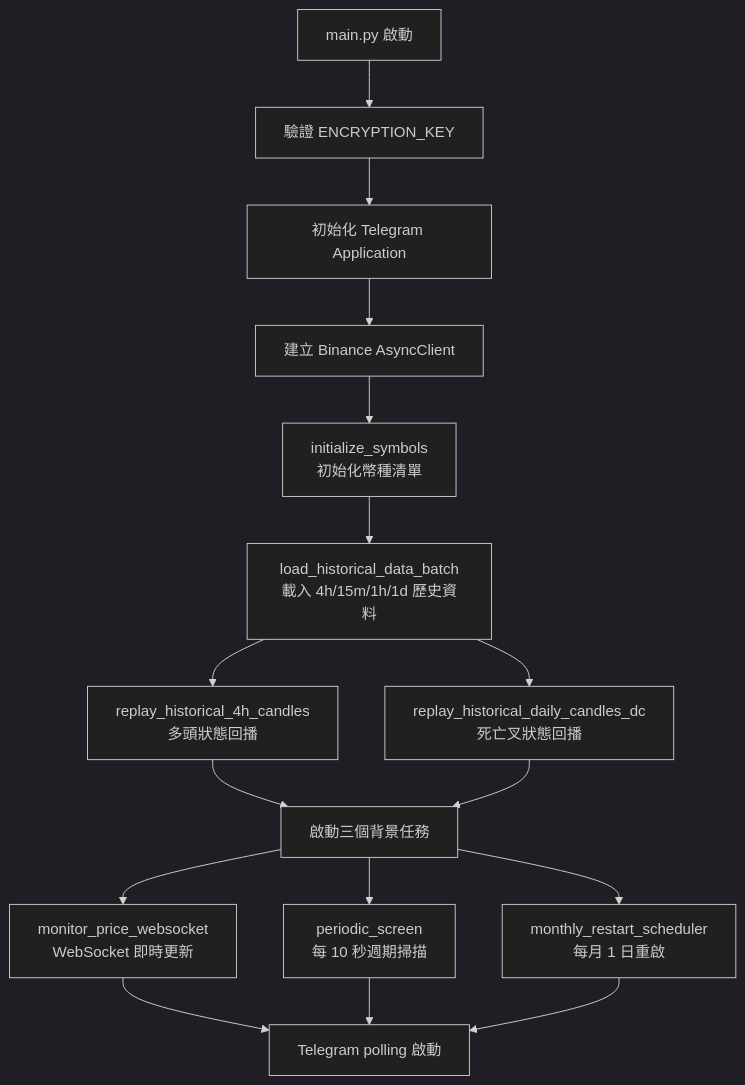
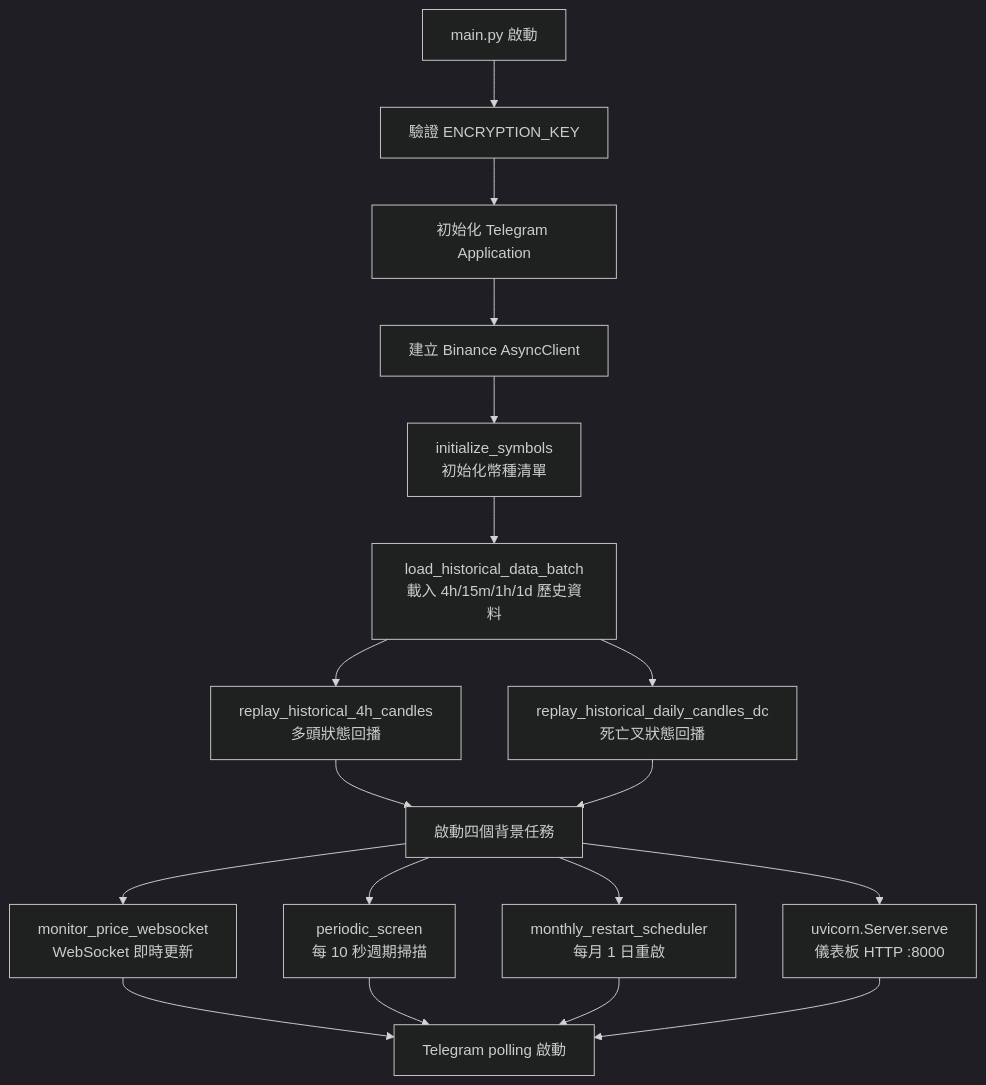
One commit to xururmp152369/binance_futures_monitor changed the third of 5 diagrams in docs/architecture/overview.md. Above: the diagram before and after it, drawn with Mermaid (dark theme). The commit also changed other lines of this file and 38 other files, not shown here.

````diff
--- a/docs/architecture/overview.md
+++ b/docs/architecture/overview.md
@@ -132,15 +136,16 @@
 ```mermaid
 flowchart TD
     A[main.py 啟動] --> B[驗證 ENCRYPTION_KEY]
     B --> C[初始化 Telegram Application]
     C --> D[建立 Binance AsyncClient]
     D --> E[initialize_symbols\n初始化幣種清單]
     E --> F[load_historical_data_batch\n載入 4h/15m/1h/1d 歷史資料]
     F --> G[replay_historical_4h_candles\n多頭狀態回播]
     F --> H[replay_historical_daily_candles_dc\n死亡叉狀態回播]
-    G & H --> I[啟動三個背景任務]
+    G & H --> I[啟動四個背景任務]
     I --> J[monitor_price_websocket\nWebSocket 即時更新]
     I --> K[periodic_screen\n每 10 秒週期掃描]
     I --> L[monthly_restart_scheduler\n每月 1 日重啟]
-    J & K & L --> M[Telegram polling 啟動]
+    I --> N[uvicorn.Server.serve\n儀表板 HTTP :8000]
+    J & K & L & N --> M[Telegram polling 啟動]
 ```
````
